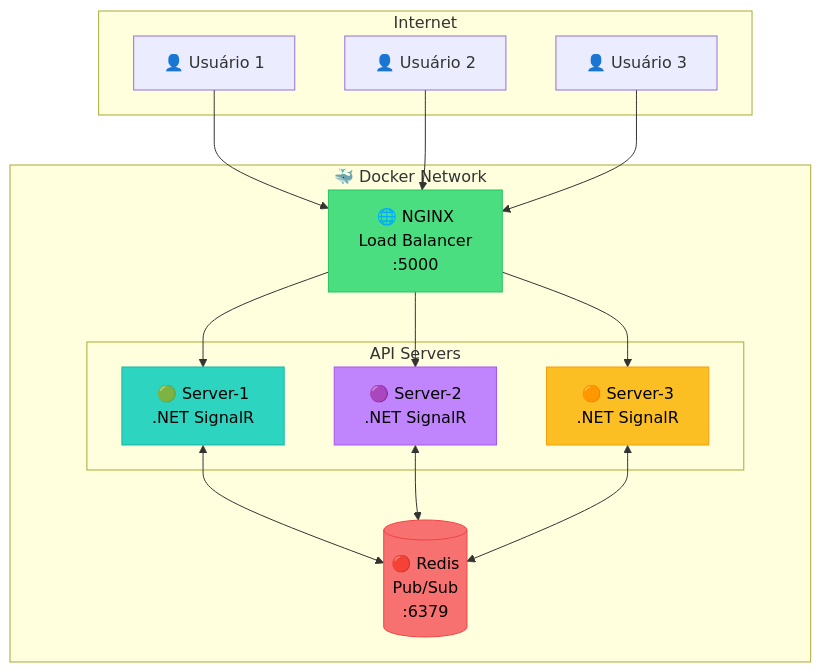
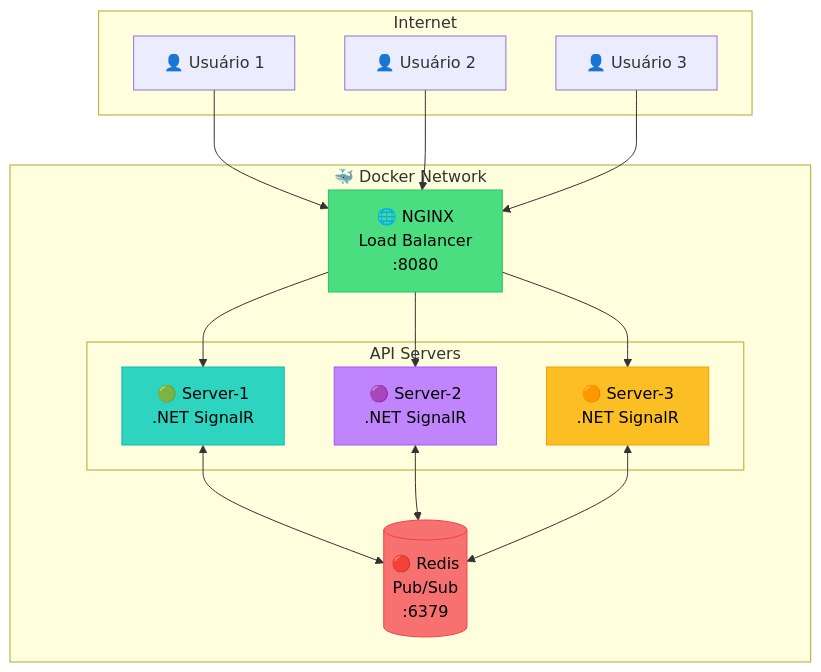
One commit to CristianoRC/Scaling-WebSockets-Horizontally changed the fourth of 4 diagrams in README.md. Above: the diagram before and after it, drawn with Mermaid. The commit also changed other lines of this file and 1 other file, not shown here.

````diff
--- a/README.md
+++ b/README.md
@@ -114,30 +114,30 @@
 ```mermaid
 flowchart TB
     subgraph Internet
         U1[👤 Usuário 1]
         U2[👤 Usuário 2]
         U3[👤 Usuário 3]
     end
 
     subgraph Docker["🐳 Docker Network"]
-        N[🌐 NGINX<br/>Load Balancer<br/>:5000]
+        N[🌐 NGINX<br/>Load Balancer<br/>:8080]
         
         subgraph Servers["API Servers"]
             S1[🟢 Server-1<br/>.NET SignalR]
             S2[🟣 Server-2<br/>.NET SignalR]
             S3[🟠 Server-3<br/>.NET SignalR]
         end
         
         R[(🔴 Redis<br/>Pub/Sub<br/>:6379)]
     end
 
     U1 & U2 & U3 --> N
     N --> S1 & S2 & S3
     S1 & S2 & S3 <--> R
 
     style N fill:#4ade80,stroke:#22c55e,color:#000
     style R fill:#f87171,stroke:#ef4444,color:#000
     style S1 fill:#2dd4bf,stroke:#14b8a6,color:#000
     style S2 fill:#c084fc,stroke:#a855f7,color:#000
     style S3 fill:#fbbf24,stroke:#f59e0b,color:#000
 ```
````
